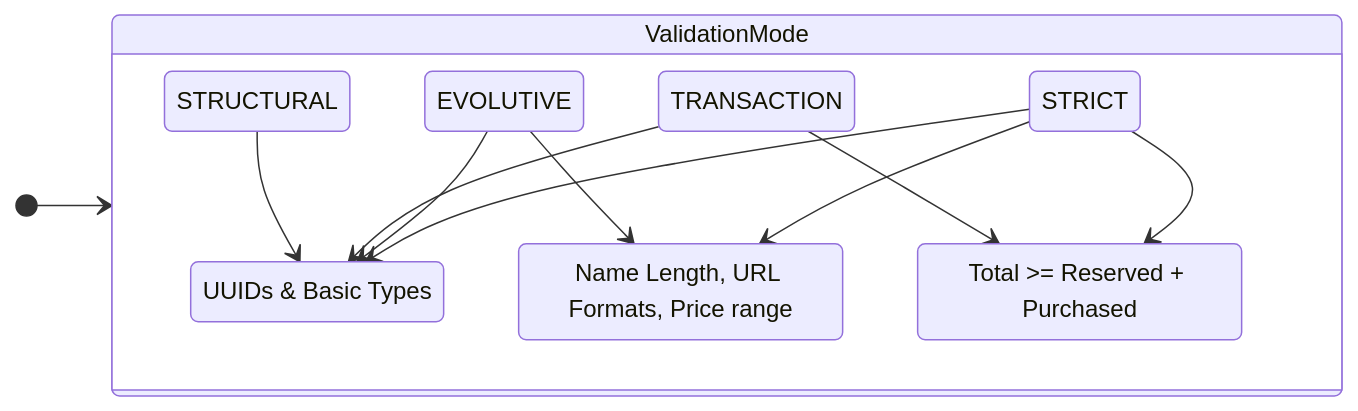
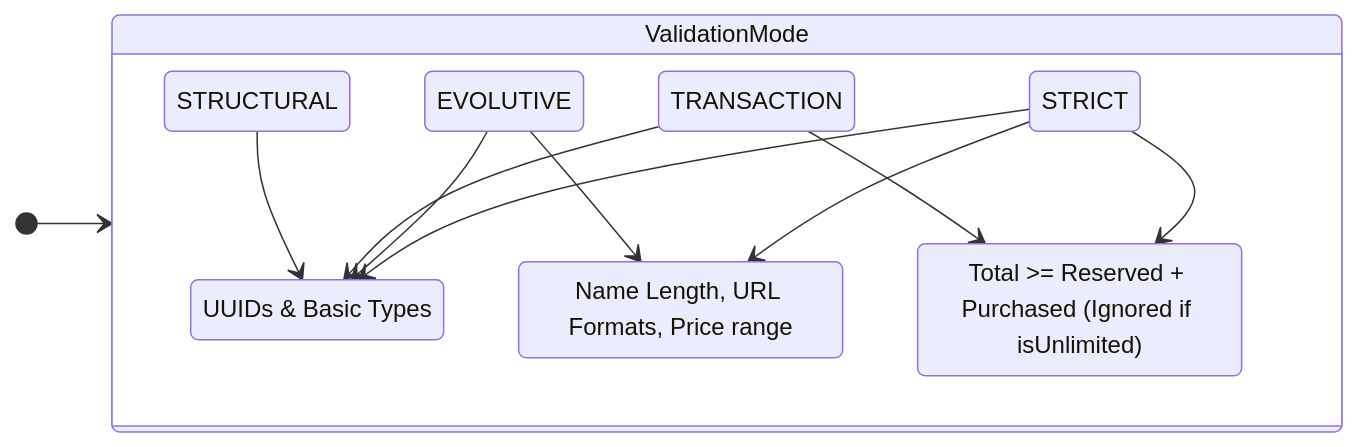
Before and after one commit to ZoePorta/wishin: the second of 2 diagrams in docs/architecture/domain-model.md, drawn with Mermaid. The commit also changed other lines of this file, not shown here.

Commit message:
docs(domain): clarify isUnlimited behavior in domain model

````diff
--- a/docs/architecture/domain-model.md
+++ b/docs/architecture/domain-model.md
@@ -77,26 +81,26 @@
 ```mermaid
 stateDiagram-v2
     direction LR
     [*] --> ValidationMode
 
     state ValidationMode {
         direction TB
         STRICT --> Structural
         STRICT --> Business
         STRICT --> Inventory
 
         EVOLUTIVE --> Structural
         EVOLUTIVE --> Business
 
         TRANSACTION --> Structural
         TRANSACTION --> Inventory
 
         STRUCTURAL --> Structural
     }
 
     Structural: UUIDs & Basic Types
     Business: Name Length, URL Formats, Price range
-    Inventory: Total >= Reserved + Purchased
+    Inventory: Total >= Reserved + Purchased (Ignored if isUnlimited)
 
 
 ```
````
